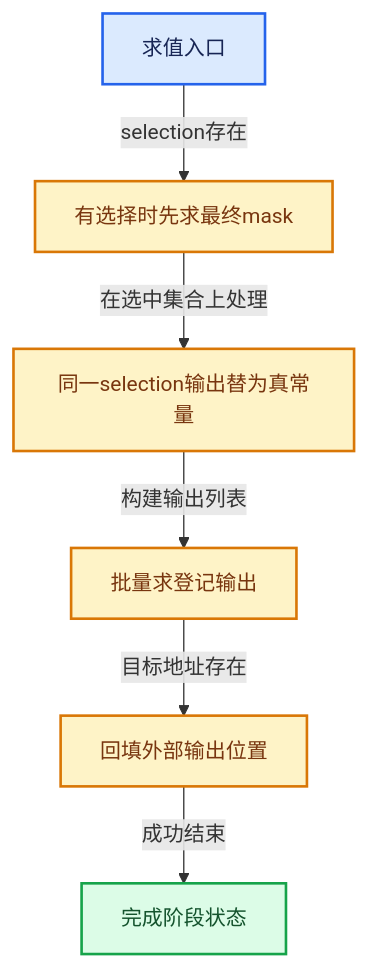
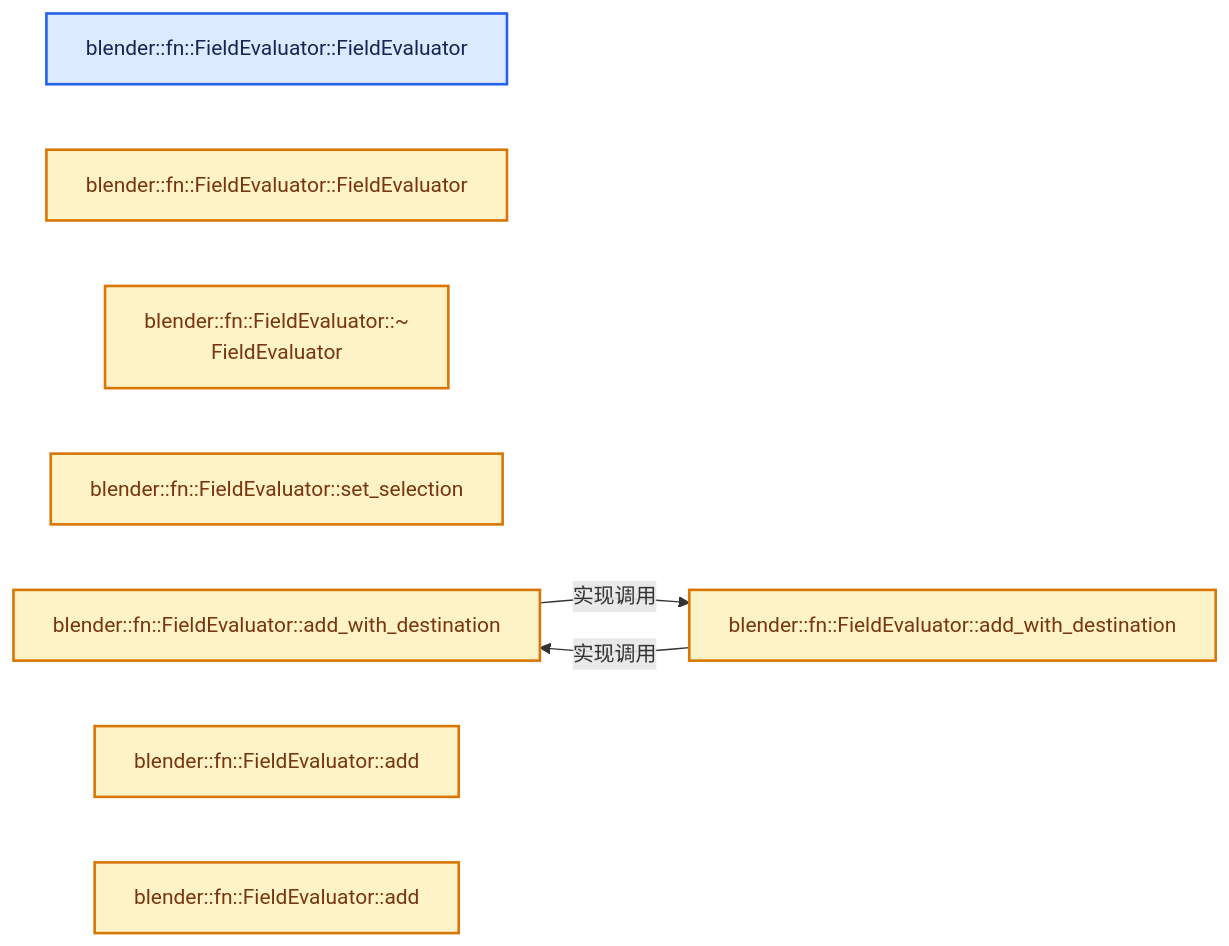
The second of 4 diagrams in 杂/markdown/全面学习-codex/08-Field表达式与求值/07-FieldEvaluator接口与使用.md (yunkezengren/blender-.vscode), drawn with Mermaid before and after one commit. The commit also changed other lines of this file and 1930 other files, not shown here.

````diff
--- a/杂/markdown/全面学习-codex/08-Field表达式与求值/07-FieldEvaluator接口与使用.md
+++ b/杂/markdown/全面学习-codex/08-Field表达式与求值/07-FieldEvaluator接口与使用.md
@@ -593,20 +46,19 @@
 ```mermaid
-flowchart TB
-  V0["求值入口"]:::input
-  V1["有选择时先求最终mask"]:::compute
-  V2["同一selection输出替为真常量"]:::compute
-  V3["批量求登记输出"]:::compute
-  V4["回填外部输出位置"]:::compute
-  V5["完成阶段状态"]:::result
-  V0 -->|"selection存在"| V1
-  V1 -->|"在选中集合上处理"| V2
-  V2 -->|"构建输出列表"| V3
-  V3 -->|"目标地址存在"| V4
-  V4 -->|"成功结束"| V5
+flowchart LR
+  F0["blender::fn::FieldEvaluator::FieldEvaluator"]:::input
+  F1["blender::fn::FieldEvaluator::FieldEvaluator"]:::compute
+  F2["blender::fn::FieldEvaluator::~<br/>FieldEvaluator"]:::compute
+  F3["blender::fn::FieldEvaluator::set_selection"]:::compute
+  F4["blender::fn::FieldEvaluator::add_with_destination"]:::compute
+  F5["blender::fn::FieldEvaluator::add_with_destination"]:::compute
+  F6["blender::fn::FieldEvaluator::add"]:::compute
+  F7["blender::fn::FieldEvaluator::add"]:::compute
+  F4 -->|"实现调用"| F5
+  F5 -->|"实现调用"| F4
   classDef input fill:#DBEAFE,stroke:#2563EB,color:#172554,stroke-width:2px;
   classDef data fill:#CFFAFE,stroke:#0891B2,color:#164E63,stroke-width:2px;
   classDef abstraction fill:#EDE9FE,stroke:#7C3AED,color:#3B0764,stroke-width:2px;
   classDef compute fill:#FEF3C7,stroke:#D97706,color:#78350F,stroke-width:2px;
   classDef result fill:#DCFCE7,stroke:#16A34A,color:#14532D,stroke-width:2px;
   classDef error fill:#FEE2E2,stroke:#DC2626,color:#7F1D1D,stroke-width:2px;
 ```
````
